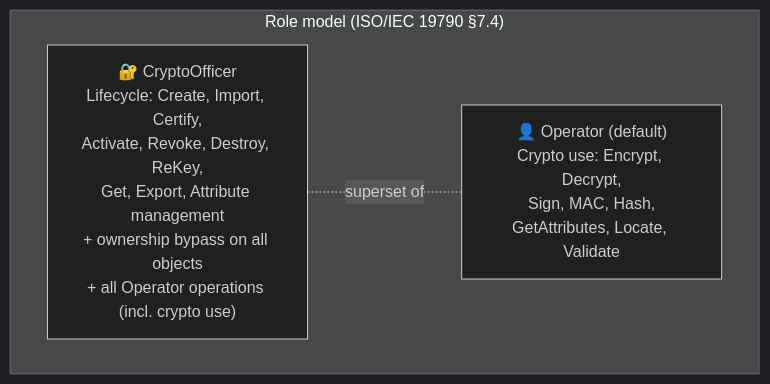
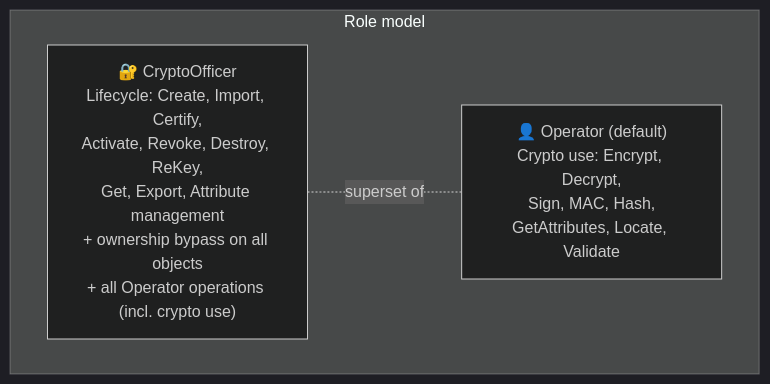
The first of 3 diagrams in documentation/docs/configuration/authorization/key_ceremony.md (Cosmian/kms), drawn with Mermaid (dark theme) before and after one commit. The commit also changed other lines of this file and 9 other files, not shown here.

````diff
--- a/documentation/docs/configuration/authorization/key_ceremony.md
+++ b/documentation/docs/configuration/authorization/key_ceremony.md
@@ -92,9 +37,9 @@
 ```mermaid
 graph TB
-    subgraph "Role model (ISO/IEC 19790 §7.4)"
+    subgraph "Role model"
         CO["🔐 CryptoOfficer<br/>Lifecycle: Create, Import, Certify,<br/>Activate, Revoke, Destroy, ReKey,<br/>Get, Export, Attribute management<br/>+ ownership bypass on all objects<br/>+ all Operator operations (incl. crypto use)"]
         Op["👤 Operator (default)<br/>Crypto use: Encrypt, Decrypt,<br/>Sign, MAC, Hash,<br/>GetAttributes, Locate, Validate"]
     end
 
     CO -. "superset of" .- Op
 ```
````
